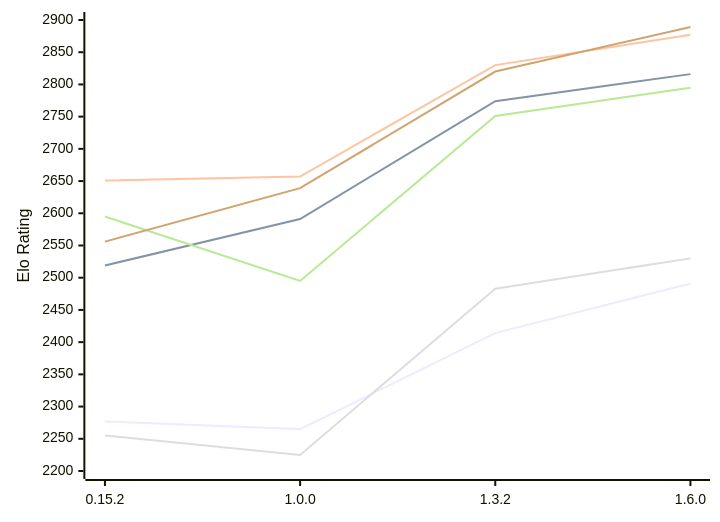
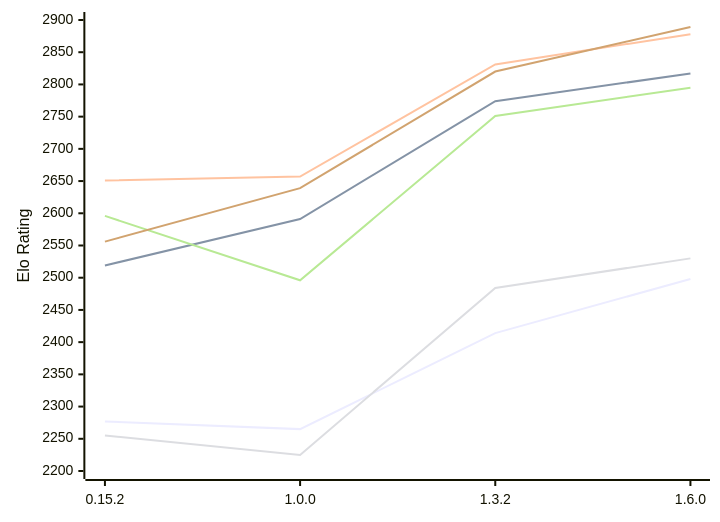
The diagram in engines/ElephantGambit.md (computer-chess-index/cci), drawn with Mermaid before and after one commit. The commit also changed other lines of this file, not shown here.

Commit message:
Update CCI Ratings (ELO VLTC) - 2026-11-27

````diff
--- a/engines/ElephantGambit.md
+++ b/engines/ElephantGambit.md
@@ -54,12 +54,12 @@
 ```mermaid
 %%{init: {"theme":"base","themeVariables":{"seriesColors:['#a3a3a3','#222221','#faa371']}}}%%
 xychart-beta
   x-axis ["0.15.2", "1.0.0", "1.3.2", "1.6.0"]
   y-axis "Elo Rating" 2200 --> 2900
-  line "E1: STC (8.0+0.08s)" [2277, 2265, 2414, 2491]
-  line "E1: LTC (60.0+0.60s)" [2519, 2591, 2774, 2816]
-  line "E1: VLTC (2m24s+1.12s)" [2651, 2657, 2830, 2877]
-  line "P1: STC (8.0+0.08s)" [2255, 2225, 2483, 2530]
-  line "P1: LTC (60.0+0.60s)" [2595, 2495, 2751, 2795]
+  line "E1: STC (8.0+0.08s)" [2277, 2265, 2414, 2498]
+  line "E1: LTC (60.0+0.60s)" [2519, 2591, 2774, 2817]
+  line "E1: VLTC (2m24s+1.12s)" [2651, 2657, 2831, 2878]
+  line "P1: STC (8.0+0.08s)" [2255, 2225, 2484, 2530]
+  line "P1: LTC (60.0+0.60s)" [2596, 2496, 2751, 2795]
   line "P1: VLTC (2m24s+1.12s)" [2556, 2639, 2820, 2889]
 ```
````
